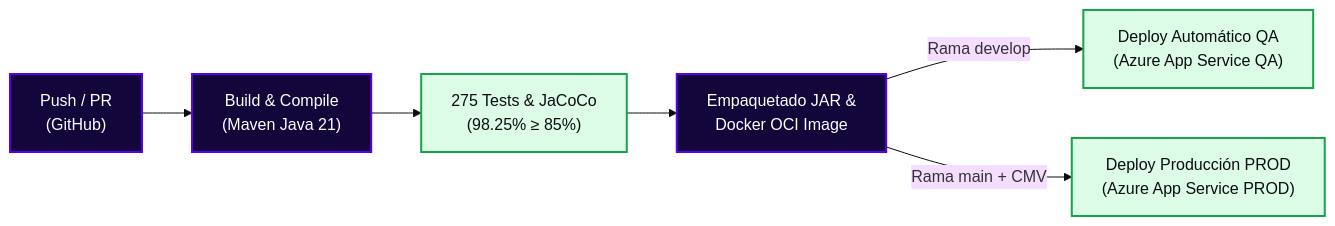
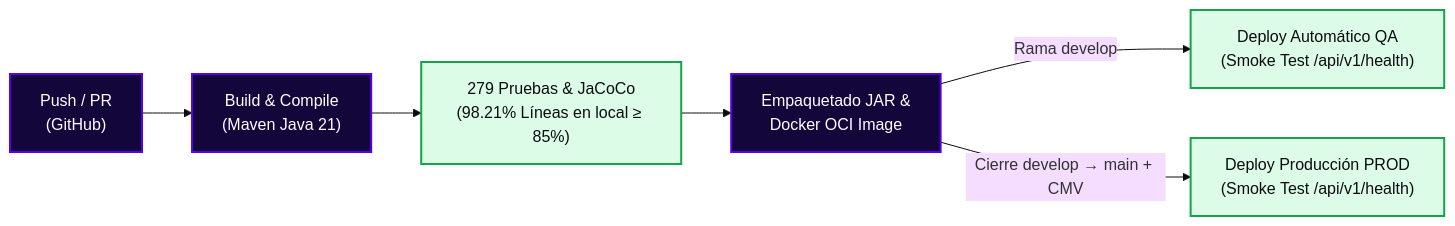
Before and after one commit to StyleRadar1/PT8080-Donations-Service: the diagram in docs/readmes/10-cicd-pipeline.md, drawn with Mermaid (base theme). The commit also changed other lines of this file and 7 other files, not shown here.

Commit message:
docs(readme): alinear parametros de venta, ruta /api/v1/health, flujo develop->main y cifras de pruebas

````diff
--- a/docs/readmes/10-cicd-pipeline.md
+++ b/docs/readmes/10-cicd-pipeline.md
@@ -16,14 +18,14 @@
 ```mermaid
 flowchart LR
     A["Push / PR<br>(GitHub)"] --> B["Build & Compile<br>(Maven Java 21)"]
-    B --> C["275 Tests & JaCoCo<br>(98.25% ≥ 85%)"]
+    B --> C["279 Pruebas & JaCoCo<br>(98.21% Líneas en local ≥ 85%)"]
     C --> D["Empaquetado JAR &<br>Docker OCI Image"]
-    D -->|Rama develop| E["Deploy Automático QA<br>(Azure App Service QA)"]
-    D -->|Rama main + CMV| F["Deploy Producción PROD<br>(Azure App Service PROD)"]
+    D -->|Rama develop| E["Deploy Automático QA<br>(Smoke Test /api/v1/health)"]
+    D -->|Cierre develop → main + CMV| F["Deploy Producción PROD<br>(Smoke Test /api/v1/health)"]
 
     classDef step fill:#12063A,stroke:#5600EF,stroke-width:2px,color:#FFFFFF;
     classDef pass fill:#DCFCE7,stroke:#16A34A,stroke-width:2px,color:#0C0C12;
 
     class A,B,D step;
     class C,E,F pass;
 ```
````
